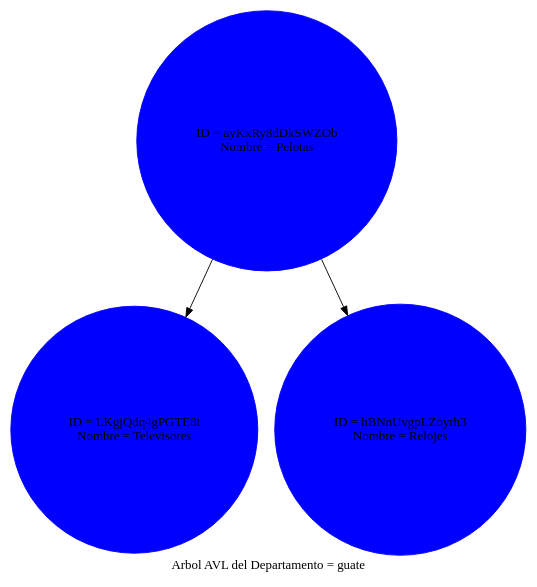
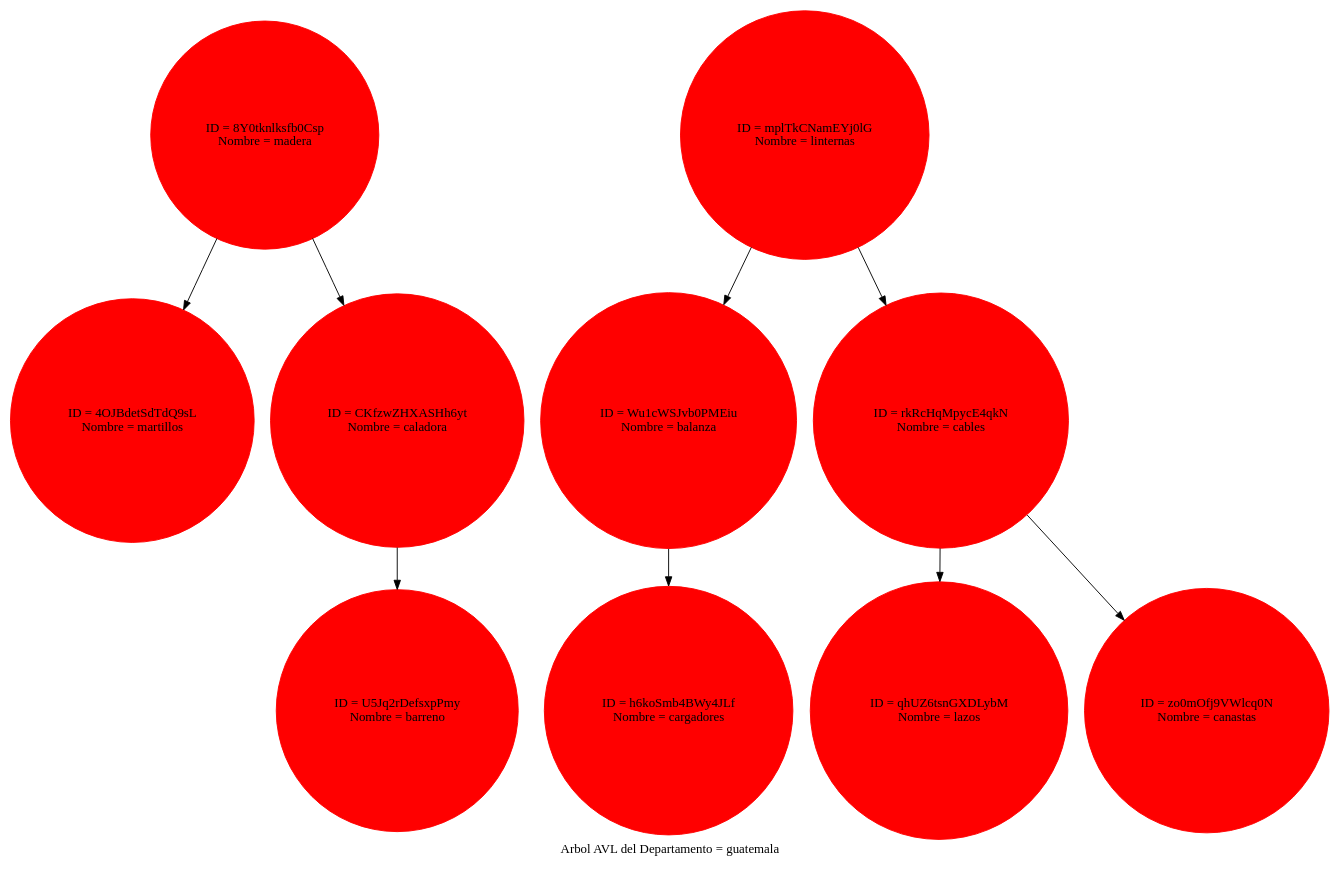
The diagram in src/Reportes/arbol_Dep.dot (miguel-tubac/-EDD-Proyecto1_202101927), drawn with Graphviz before and after one commit. The commit also changed 16 other files, not shown here.

```diff
--- a/src/Reportes/arbol_Dep.dot
+++ b/src/Reportes/arbol_Dep.dot
@@ -1,9 +1,22 @@
 digraph AVLTree {
-	label="Arbol AVL del Departamento = guate";
+	label="Arbol AVL del Departamento = guatemala";
     node [shape=circle];
-    "ayKxRy8dDkSWZOb" [color= blue, style=filled label="ID = ayKxRy8dDkSWZOb\nNombre = Pelotas"];
-    "ayKxRy8dDkSWZOb" -> "LKgjQdq4gPGTE8t";
-    "LKgjQdq4gPGTE8t" [color= blue, style=filled label="ID = LKgjQdq4gPGTE8t\nNombre = Televisores"];
-    "ayKxRy8dDkSWZOb" -> "hBNnUvgpLZoyrh3";
-    "hBNnUvgpLZoyrh3" [color= blue, style=filled label="ID = hBNnUvgpLZoyrh3\nNombre = Relojes"];
+    "8Y0tknlksfb0Csp" [color= red, style=filled label="ID = 8Y0tknlksfb0Csp\nNombre = madera"];
+    "8Y0tknlksfb0Csp" -> "4OJBdetSdTdQ9sL";
+    "4OJBdetSdTdQ9sL" [color= red, style=filled label="ID = 4OJBdetSdTdQ9sL\nNombre = martillos"];
+    "8Y0tknlksfb0Csp" -> "CKfzwZHXASHh6yt";
+    "CKfzwZHXASHh6yt" [color= red, style=filled label="ID = CKfzwZHXASHh6yt\nNombre = caladora"];
+    "CKfzwZHXASHh6yt" -> "U5Jq2rDefsxpPmy";
+    "U5Jq2rDefsxpPmy" [color= red, style=filled label="ID = U5Jq2rDefsxpPmy\nNombre = barreno"];
+    "mplTkCNamEYj0lG" [color= red, style=filled label="ID = mplTkCNamEYj0lG\nNombre = linternas"];
+    "mplTkCNamEYj0lG" -> "Wu1cWSJvb0PMEiu";
+    "Wu1cWSJvb0PMEiu" [color= red, style=filled label="ID = Wu1cWSJvb0PMEiu\nNombre = balanza"];
+    "Wu1cWSJvb0PMEiu" -> "h6koSmb4BWy4JLf";
+    "h6koSmb4BWy4JLf" [color= red, style=filled label="ID = h6koSmb4BWy4JLf\nNombre = cargadores"];
+    "mplTkCNamEYj0lG" -> "rkRcHqMpycE4qkN";
+    "rkRcHqMpycE4qkN" [color= red, style=filled label="ID = rkRcHqMpycE4qkN\nNombre = cables"];
+    "rkRcHqMpycE4qkN" -> "qhUZ6tsnGXDLybM";
+    "qhUZ6tsnGXDLybM" [color= red, style=filled label="ID = qhUZ6tsnGXDLybM\nNombre = lazos"];
+    "rkRcHqMpycE4qkN" -> "zo0mOfj9VWlcq0N";
+    "zo0mOfj9VWlcq0N" [color= red, style=filled label="ID = zo0mOfj9VWlcq0N\nNombre = canastas"];
 }
```
